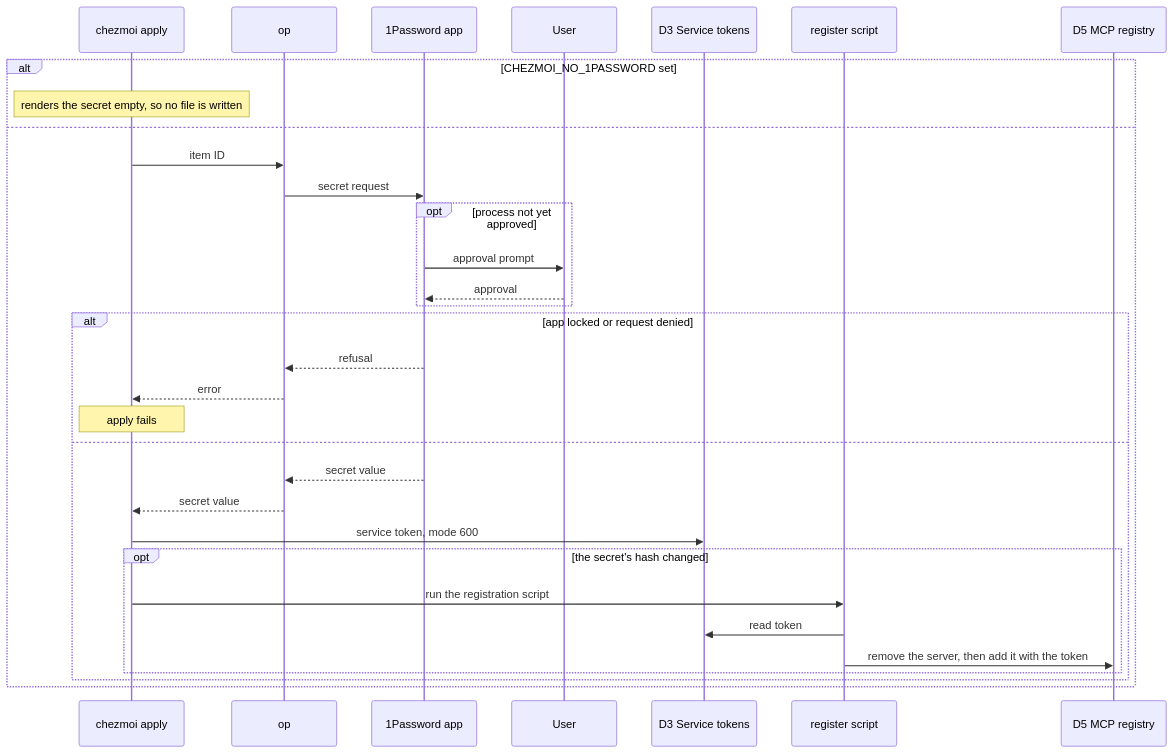
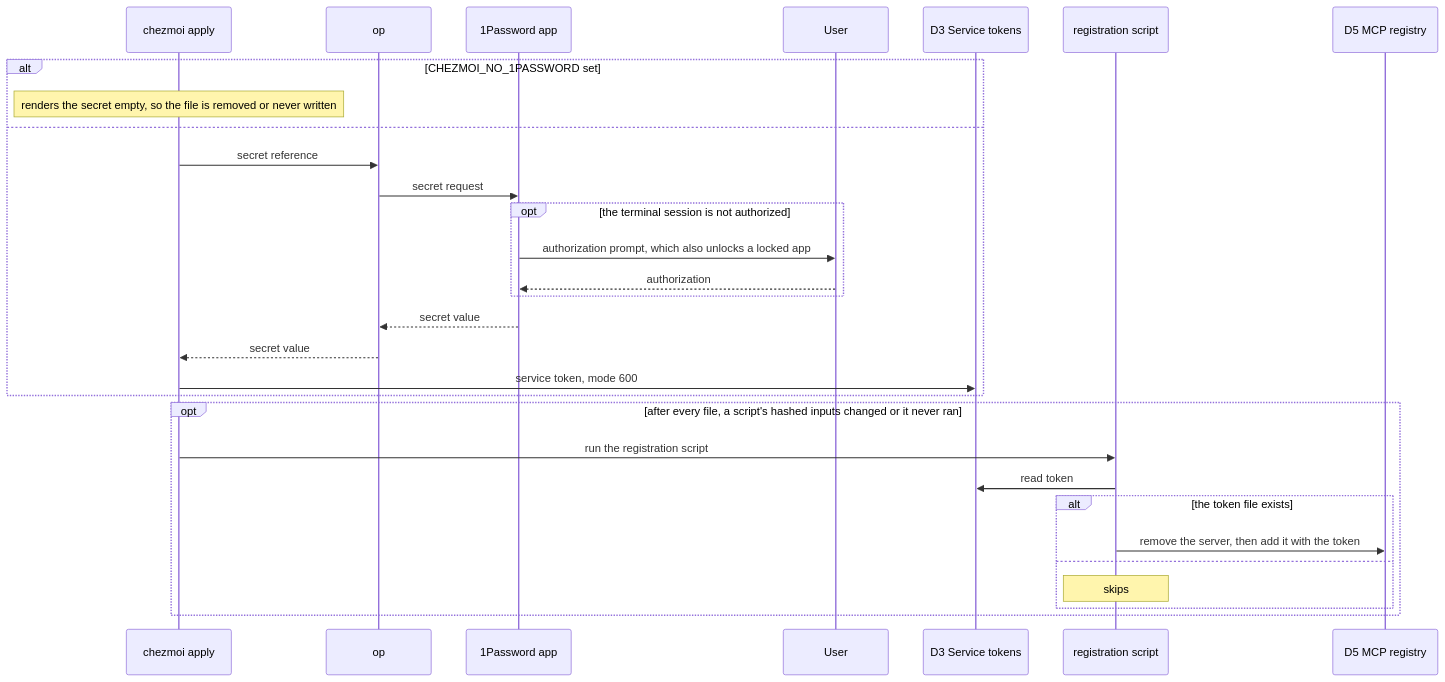
One commit to alunduil/alunduil-chezmoi changed the first of 3 diagrams in docs/reference/data-flow-paths.md. Above: the diagram before and after it, drawn with Mermaid. The commit also changed other lines of this file and 3 other files, not shown here.

First line of the commit message:
Correct the data flow against the workstation

````diff
--- a/docs/reference/data-flow-paths.md
+++ b/docs/reference/data-flow-paths.md
@@ -13,35 +13,33 @@
 ```mermaid
 sequenceDiagram
   participant Apply as chezmoi apply
   participant Op as op
   participant App as 1Password app
   participant User
   participant Tokens as D3 Service tokens
-  participant Register as register script
+  participant Register as registration script
   participant Registry as D5 MCP registry
 
   alt CHEZMOI_NO_1PASSWORD set
-    Note over Apply: renders the secret empty, so no file is written
+    Note over Apply: renders the secret empty, so the file is removed or never written
   else
-    Apply->>Op: item ID
+    Apply->>Op: secret reference
     Op->>App: secret request
-    opt process not yet approved
-      App->>User: approval prompt
-      User-->>App: approval
+    opt the terminal session is not authorized
+      App->>User: authorization prompt, which also unlocks a locked app
+      User-->>App: authorization
     end
-    alt app locked or request denied
-      App-->>Op: refusal
-      Op-->>Apply: error
-      Note over Apply: apply fails
+    App-->>Op: secret value
+    Op-->>Apply: secret value
+    Apply->>Tokens: service token, mode 600
+  end
+  opt after every file, a script's hashed inputs changed or it never ran
+    Apply->>Register: run the registration script
+    Register->>Tokens: read token
+    alt the token file exists
+      Register->>Registry: remove the server, then add it with the token
     else
-      App-->>Op: secret value
-      Op-->>Apply: secret value
-      Apply->>Tokens: service token, mode 600
-      opt the secret's hash changed
-        Apply->>Register: run the registration script
-        Register->>Tokens: read token
-        Register->>Registry: remove the server, then add it with the token
-      end
+      Note over Register: skips
     end
   end
 ```
````
